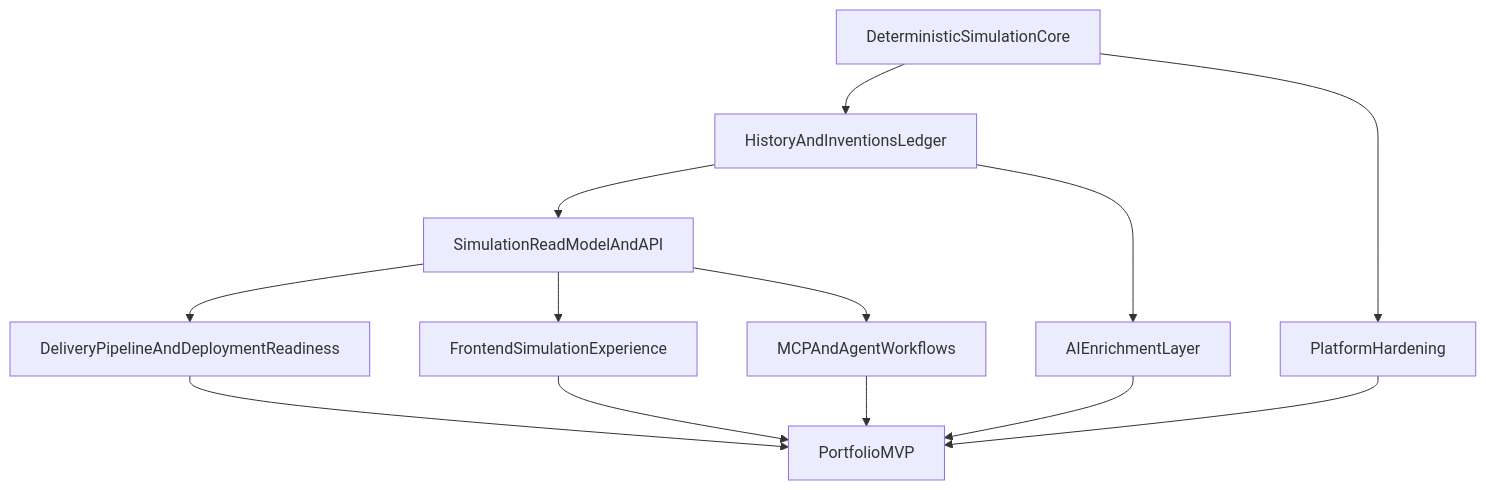
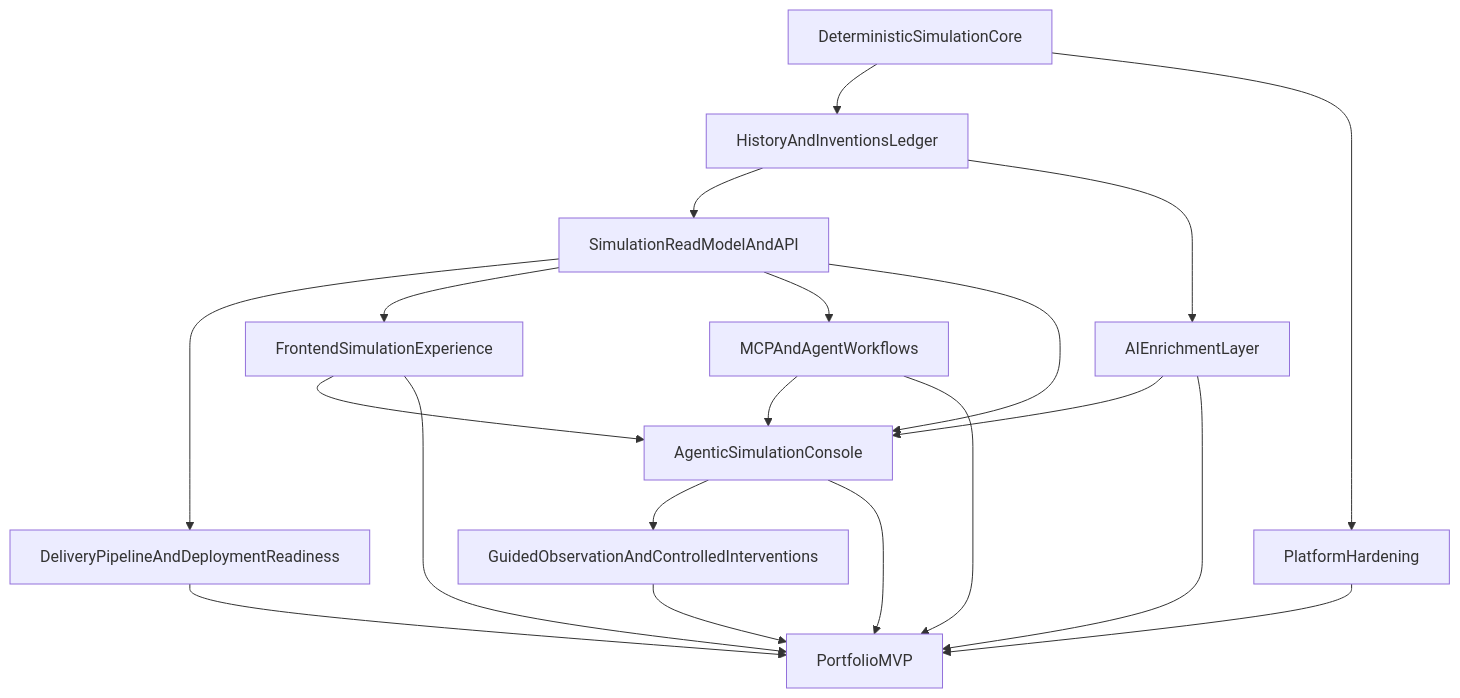
Before and after one commit to catlabs/humanaity: the diagram in docs/roadmap.md, drawn with Mermaid. The commit also changed other lines of this file and 9 other files, not shown here.

First line of the commit message:
docs: update roadmap and add sprint08-11 and agent-chat spec

````diff
--- a/docs/roadmap.md
+++ b/docs/roadmap.md
@@ -332,15 +395,22 @@
 ```mermaid
 flowchart TD
   epic1[DeterministicSimulationCore] --> epic2[HistoryAndInventionsLedger]
   epic2 --> epic3[SimulationReadModelAndAPI]
   epic3 --> epic8[DeliveryPipelineAndDeploymentReadiness]
   epic3 --> epic4[FrontendSimulationExperience]
   epic2 --> epic5[AIEnrichmentLayer]
   epic3 --> epic7[MCPAndAgentWorkflows]
+  epic3 --> epic9[AgenticSimulationConsole]
+  epic4 --> epic9
+  epic5 --> epic9
+  epic7 --> epic9
+  epic9 --> epic10[GuidedObservationAndControlledInterventions]
   epic1 --> epic6[PlatformHardening]
   epic8 --> mvp[PortfolioMVP]
   epic4 --> mvp[PortfolioMVP]
   epic5 --> mvp
   epic6 --> mvp
   epic7 --> mvp
+  epic9 --> mvp
+  epic10 --> mvp
 ```
````
